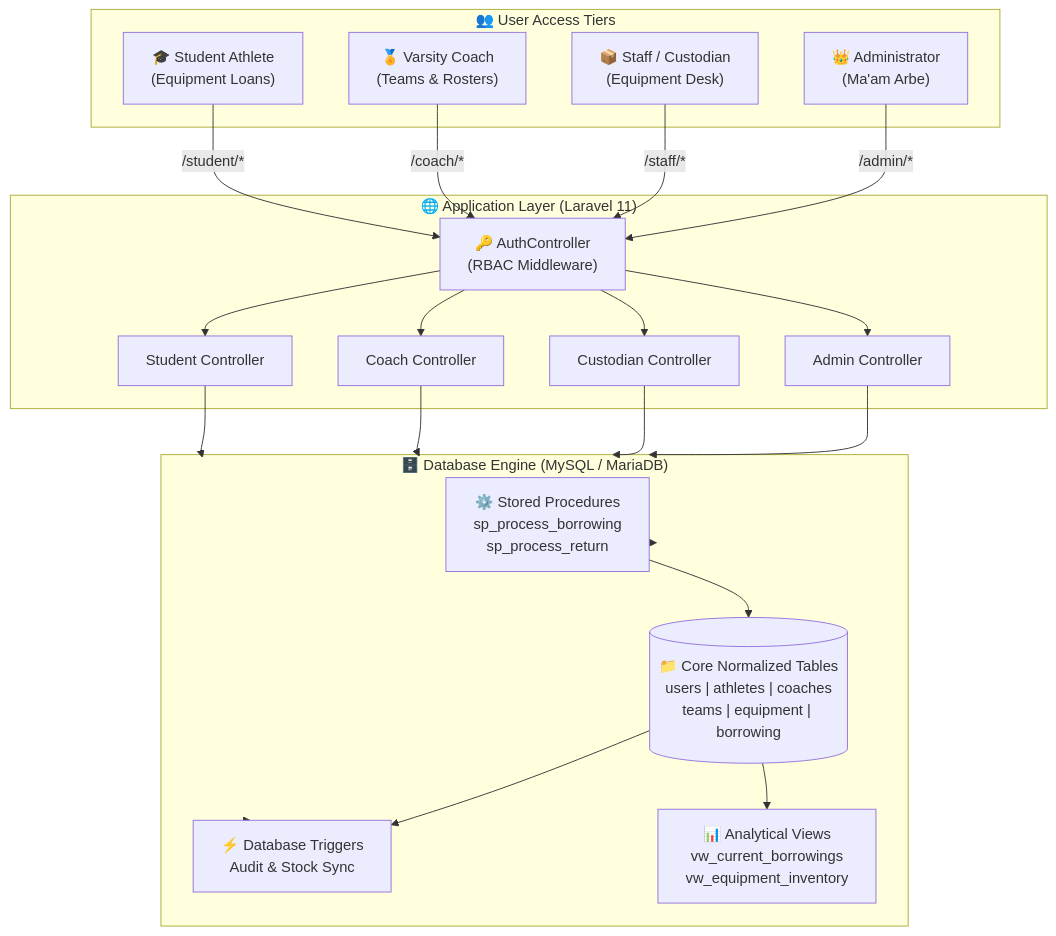
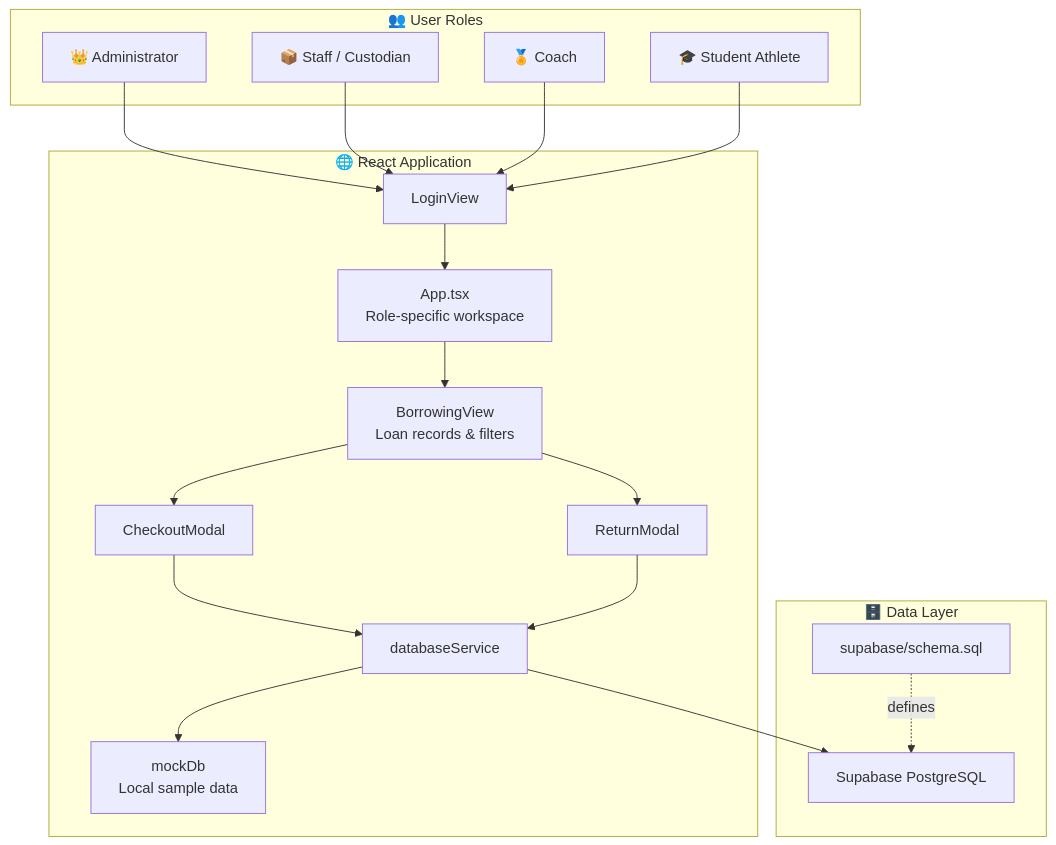
Before and after one commit to SamNahutdo/HNU_Falcons: the diagram in README.md, drawn with Mermaid. The commit also changed other lines of this file, not shown here.

Commit message:
docs: align README with current app

````diff
--- a/README.md
+++ b/README.md
@@ -62,32 +61,38 @@
 ```mermaid
 flowchart TD
-    subgraph Users ["👥 User Access Tiers"]
-        A["👑 Administrator<br/>(Ma'am Arbe)"]
-        B["📦 Staff / Custodian<br/>(Equipment Desk)"]
-        C["🏅 Varsity Coach<br/>(Teams & Rosters)"]
-        D["🎓 Student Athlete<br/>(Equipment Loans)"]
+    subgraph Users ["👥 User Roles"]
+        A["👑 Administrator"]
+        B["📦 Staff / Custodian"]
+        C["🏅 Coach"]
+        D["🎓 Student Athlete"]
     end
 
-    subgraph Portal ["🌐 Application Layer (Laravel 11)"]
-        Auth["🔑 AuthController<br/>(RBAC Middleware)"]
-        AdminCtrl["Admin Controller"]
-        StaffCtrl["Custodian Controller"]
-        CoachCtrl["Coach Controller"]
-        StudentCtrl["Student Controller"]
+    subgraph App ["🌐 React Application"]
+        Login["LoginView"]
+        Shell["App.tsx<br/>Role-specific workspace"]
+        Borrowing["BorrowingView<br/>Loan records & filters"]
+        Checkout["CheckoutModal"]
+        Return["ReturnModal"]
+        Service["databaseService"]
+        Mock["mockDb<br/>Local sample data"]
     end
 
-    subgraph DB ["🗄️ Database Engine (MySQL / MariaDB)"]
-        SP["⚙️ Stored Procedures<br/>sp_process_borrowing<br/>sp_process_return"]
-        TRG["⚡ Database Triggers<br/>Audit & Stock Sync"]
-        VIEWS["📊 Analytical Views<br/>vw_current_borrowings<br/>vw_equipment_inventory"]
-        TABLES[("📁 Core Normalized Tables<br/>users | athletes | coaches<br/>teams | equipment | borrowing")]
+    subgraph Data ["🗄️ Data Layer"]
+        Supabase["Supabase PostgreSQL"]
+        Schema["supabase/schema.sql"]
     end
 
-    A -->|/admin/*| Auth --> AdminCtrl --> DB
-    B -->|/staff/*| Auth --> StaffCtrl --> DB
-    C -->|/coach/*| Auth --> CoachCtrl --> DB
-    D -->|/student/*| Auth --> StudentCtrl --> DB
-    DB --> SP --> TABLES
-    TABLES --> TRG --> DB
-    TABLES --> VIEWS
+    A --> Login
+    B --> Login
+    C --> Login
+    D --> Login
+    Login --> Shell
+    Shell --> Borrowing
+    Borrowing --> Checkout
+    Borrowing --> Return
+    Checkout --> Service
+    Return --> Service
+    Service --> Supabase
+    Service --> Mock
+    Schema -. defines .-> Supabase
 ```
````
